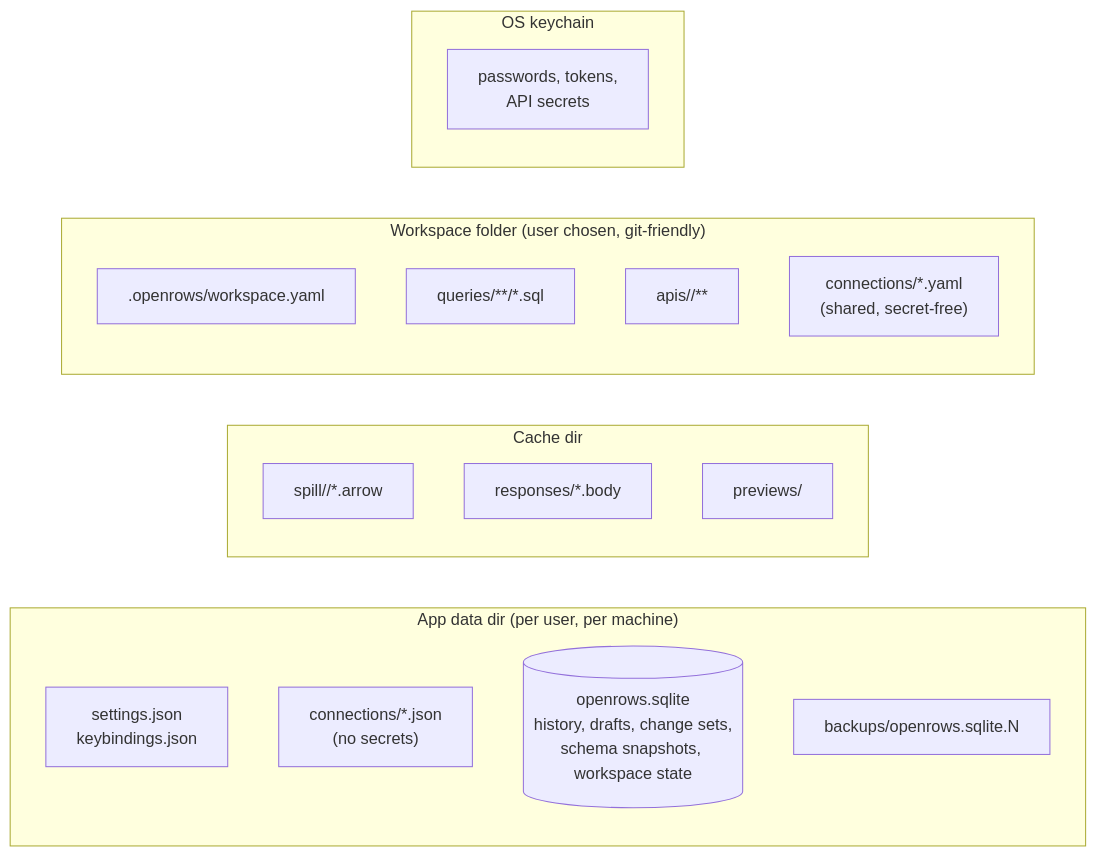
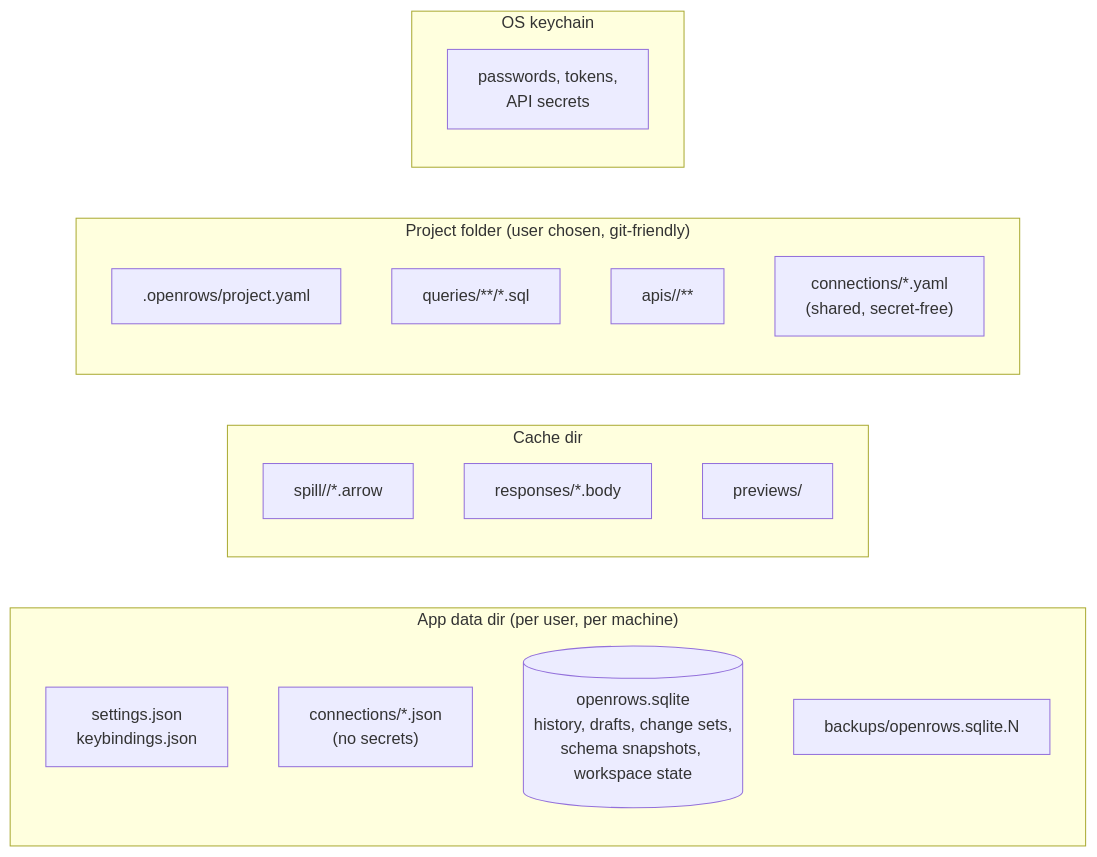
The diagram in docs/15-storage-and-persistence.md (theetaz/open-rows), drawn with Mermaid before and after one commit. The commit also changed other lines of this file and 112 other files, not shown here.

````diff
--- a/docs/15-storage-and-persistence.md
+++ b/docs/15-storage-and-persistence.md
@@ -5,23 +5,23 @@
 ```mermaid
 flowchart LR
     subgraph appdata["App data dir (per user, per machine)"]
         settings["settings.json<br/>keybindings.json"]
         profiles["connections/*.json<br/>(no secrets)"]
         db[("openrows.sqlite<br/>history, drafts, change sets,<br/>schema snapshots, workspace state")]
         backups["backups/openrows.sqlite.N"]
     end
     subgraph cache["Cache dir"]
         spill["spill/<session>/*.arrow"]
         resp["responses/*.body"]
         thumbs["previews/"]
     end
-    subgraph ws["Workspace folder (user chosen, git-friendly)"]
-        wsmeta[".openrows/workspace.yaml"]
+    subgraph ws["Project folder (user chosen, git-friendly)"]
+        wsmeta[".openrows/project.yaml"]
         queries["queries/**/*.sql"]
         apis["apis/<collection>/**"]
         shared["connections/*.yaml<br/>(shared, secret-free)"]
     end
     subgraph kc["OS keychain"]
         secrets["passwords, tokens,<br/>API secrets"]
     end
 ```
````
